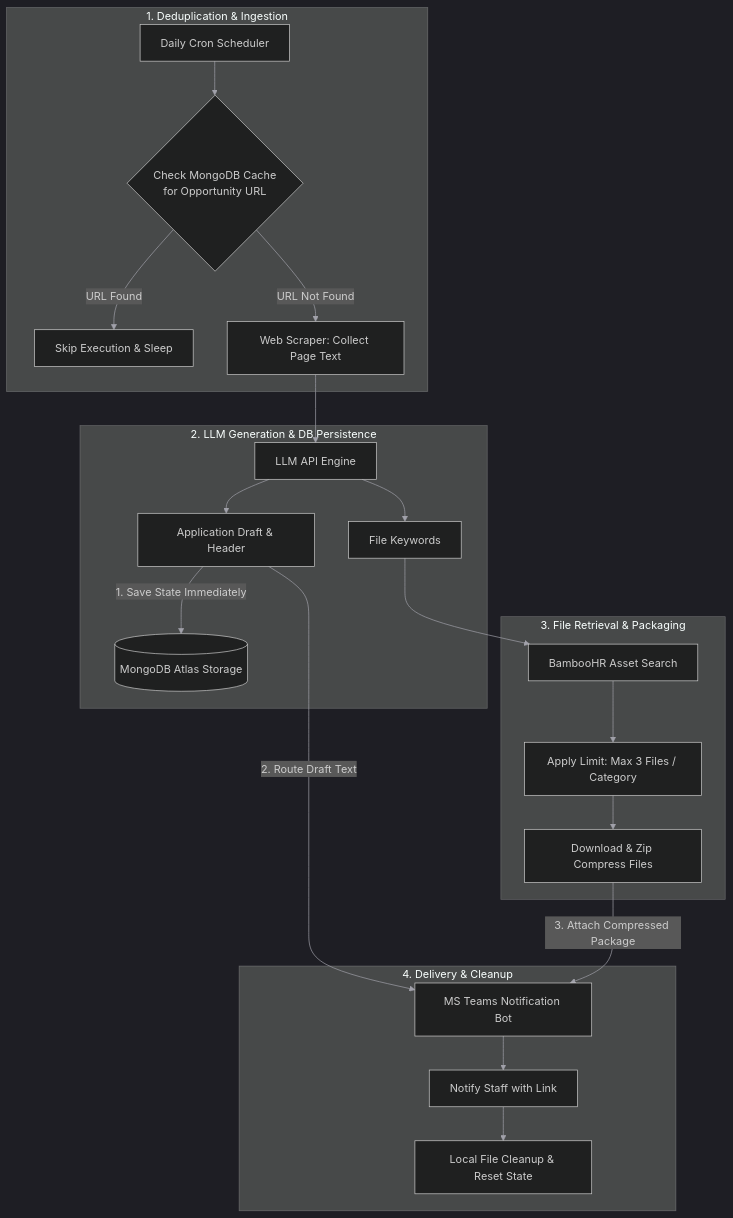
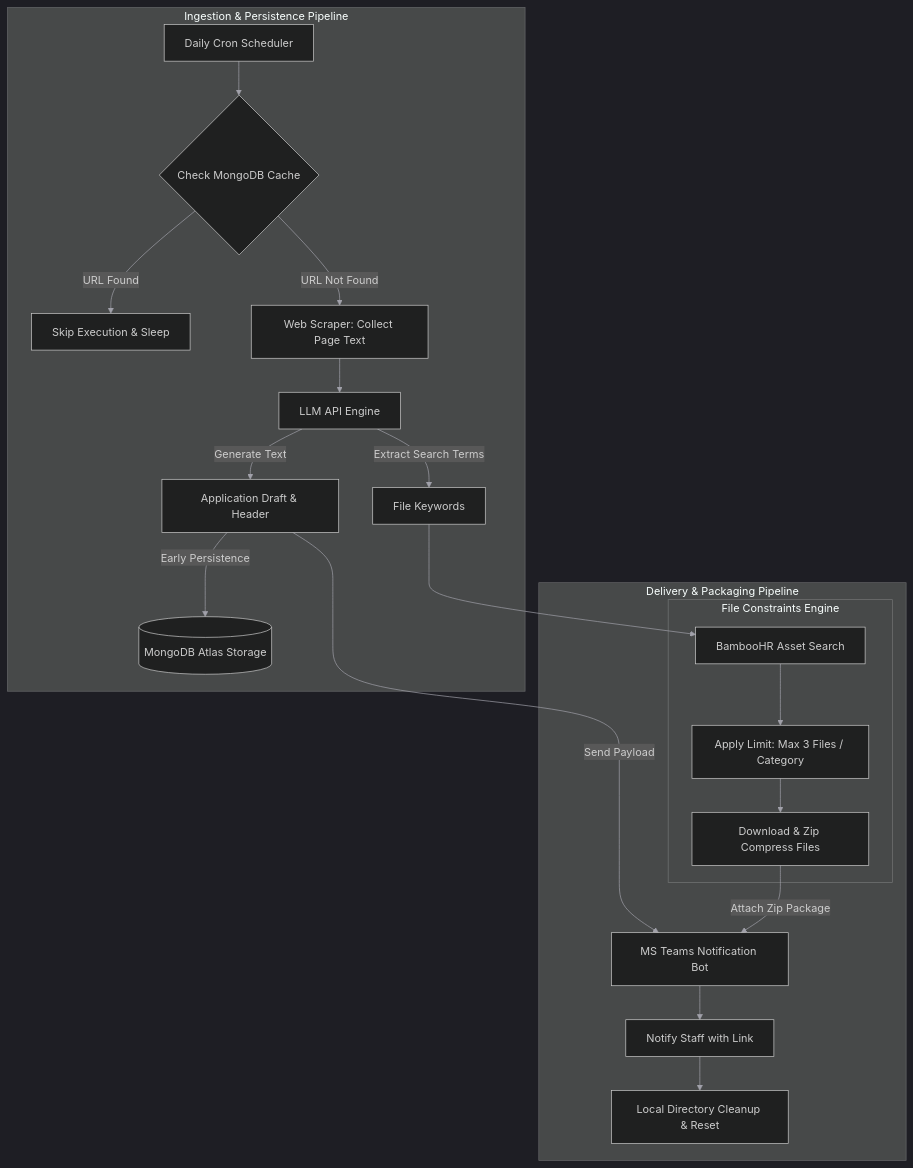
The diagram in Agentic-AI-system/README.md (wevans02/Meta-Employment-Services-Internship), drawn with Mermaid before and after one commit.

Commit message:
Updating format, trying to make compact

````diff
--- a/Agentic-AI-system/README.md
+++ b/Agentic-AI-system/README.md
@@ -7,39 +7,33 @@
 ```mermaid
 %%{init: { 'theme': 'dark', 'themeVariables': { 'lineColor': '#a1a1aa', 'labelColor': '#ffffff', 'primaryColor': '#1e293b', 'primaryTextColor': '#ffffff', 'actorLineColor': '#ffffff' }}}%%
 graph TD
-    %% Step 1
-    subgraph Step1 [1. Deduplication & Ingestion]
-        Start[Daily Cron Scheduler] --> CheckCache{Check MongoDB Cache<br/>for Opportunity URL}
+    %% Left Column: Ingestion & Draft Generation Pipeline
+    subgraph Ingestion & Persistence Pipeline
+        Cron[Daily Cron Scheduler] --> CheckCache{Check MongoDB Cache}
         CheckCache -->|URL Found| Skip[Skip Execution & Sleep]
         CheckCache -->|URL Not Found| Scraper[Web Scraper: Collect Page Text]
+        
+        Scraper --> LLM[LLM API Engine]
+        
+        LLM -->|Generate Text| Draft[Application Draft & Header]
+        LLM -->|Extract Search Terms| Keywords[File Keywords]
+        
+        Draft -->|Early Persistence| Mongo[(MongoDB Atlas Storage)]
     end
 
-    %% Connection 1 -> 2
-    Scraper --> LLM
-
-    %% Step 2
-    subgraph Step2 [2. LLM Generation & DB Persistence]
-        LLM[LLM API Engine] --> Draft[Application Draft & Header]
-        LLM --> Keywords[File Keywords]
-        Draft -->|1. Save State Immediately| Mongo[(MongoDB Atlas Storage)]
-    end
-
-    %% Connection 2 -> 3 (Forces Step 3 directly below Step 2)
-    Keywords --> Bamboo
-
-    %% Step 3
-    subgraph Step3 [3. File Retrieval & Packaging]
-        Bamboo[BambooHR Asset Search] --> Limit[Apply Limit: Max 3 Files / Category]
-        Limit --> Zip[Download & Zip Compress Files]
-    end
-
-    %% Connections 2/3 -> 4 (Forces Step 4 directly below Step 3)
-    Draft -->|2. Route Draft Text| Teams
-    Zip -->|3. Attach Compressed Package| Teams
-
-    %% Step 4
-    subgraph Step4 [4. Delivery & Cleanup]
-        Teams[MS Teams Notification Bot] --> Notify[Notify Staff with Link]
-        Notify --> Cleanup[Local File Cleanup & Reset State]
+    %% Right Column: Asset Packaging & Delivery Pipeline
+    subgraph Delivery & Packaging Pipeline
+        Keywords --> Bamboo[BambooHR Asset Search]
+        
+        subgraph File Constraints Engine
+            Bamboo --> Limit[Apply Limit: Max 3 Files / Category]
+            Limit --> Zip[Download & Zip Compress Files]
+        end
+        
+        Draft -->|Send Payload| Teams[MS Teams Notification Bot]
+        Zip -->|Attach Zip Package| Teams
+        
+        Teams --> Notify[Notify Staff with Link]
+        Notify --> Cleanup[Local Directory Cleanup & Reset]
     end
 ```
````
